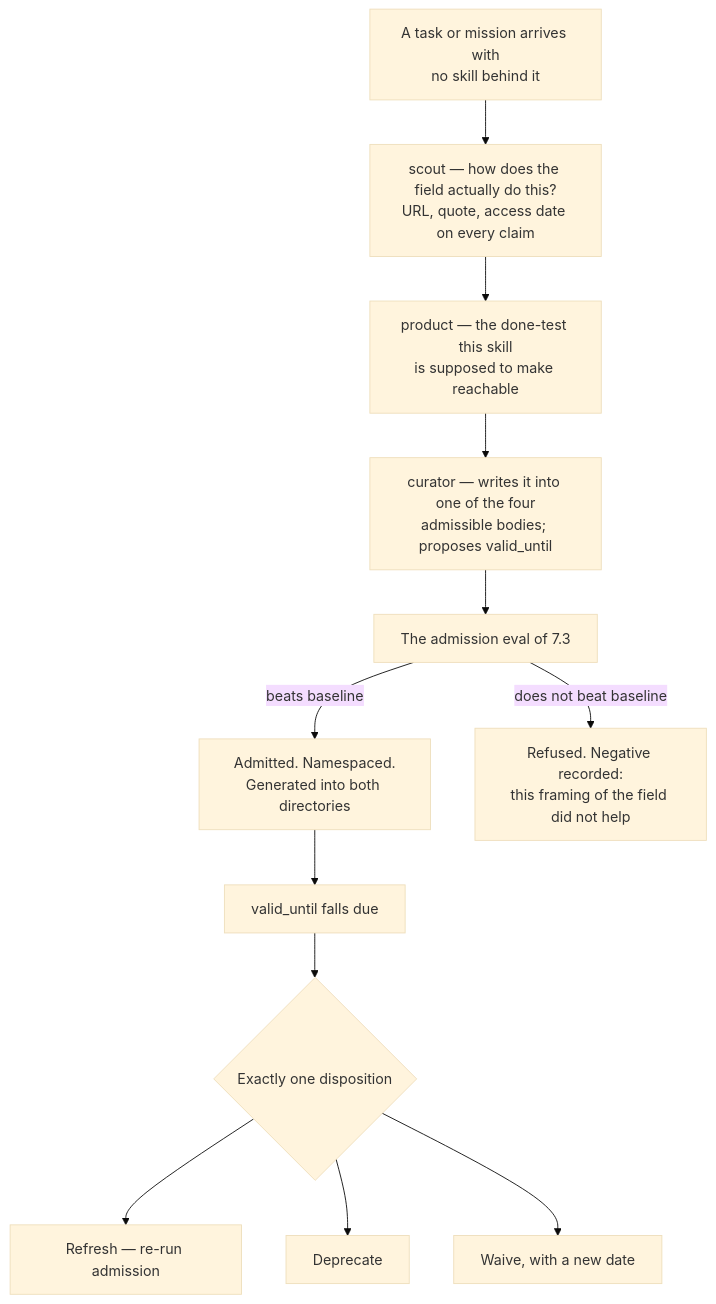
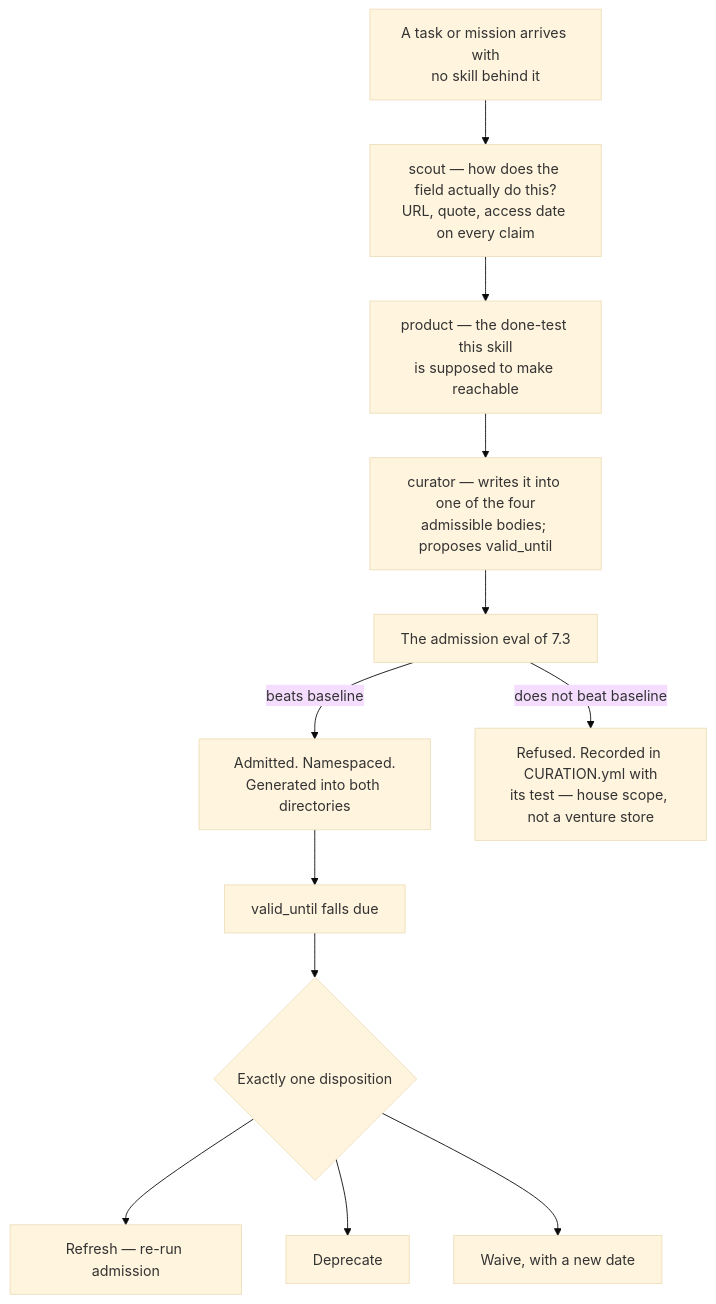
Before and after one commit to Adam077K/agentvibe: the second of 2 diagrams in docs/03-system-design/final-v2/parts/07-skills.md, drawn with Mermaid (base theme). The commit also changed other lines of this file and 4 other files, not shown here.

````diff
--- a/docs/03-system-design/final-v2/parts/07-skills.md
+++ b/docs/03-system-design/final-v2/parts/07-skills.md
@@ -172,14 +254,14 @@
 ```mermaid
 flowchart TD
     T["A task or mission arrives with<br/>no skill behind it"] --> SC["scout — how does the field actually do this?<br/>URL, quote, access date on every claim"]
     SC --> PR["product — the done-test this skill<br/>is supposed to make reachable"]
     PR --> CU["curator — writes it into one of the four<br/>admissible bodies; proposes valid_until"]
     CU --> AD["The admission eval of 7.3"]
     AD -->|"beats baseline"| IN["Admitted. Namespaced.<br/>Generated into both directories"]
-    AD -->|"does not beat baseline"| OUT["Refused. Negative recorded:<br/>this framing of the field did not help"]
+    AD -->|"does not beat baseline"| OUT["Refused. Recorded in CURATION.yml with<br/>its test — house scope, not a venture store"]
     IN --> EXPY["valid_until falls due"]
     EXPY --> DISP{"Exactly one disposition"}
     DISP --> R1["Refresh — re-run admission"]
     DISP --> R2["Deprecate"]
     DISP --> R3["Waive, with a new date"]
 ```
````
